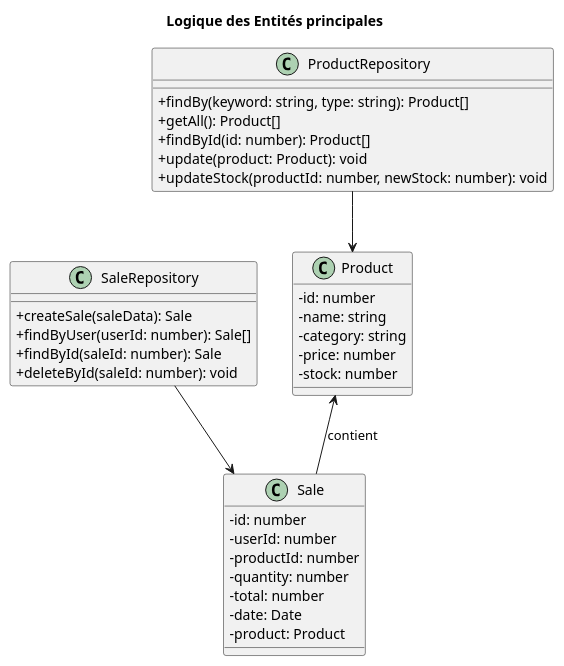
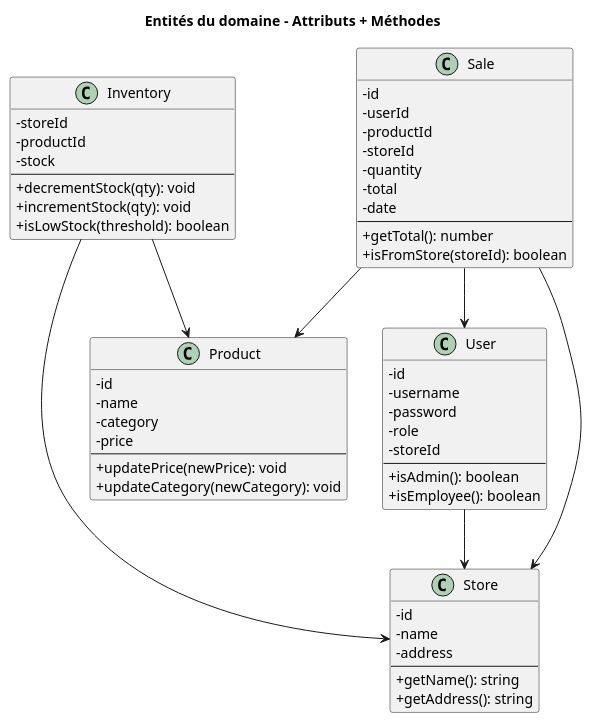
Before and after one commit to Massy-Haddad/LOG-430-Laboratoire-01: the diagram in docs/UML/vue_logique.puml, drawn with PlantUML. The commit also changed 19 other files, not shown here.

```diff
--- a/docs/UML/vue_logique.puml
+++ b/docs/UML/vue_logique.puml
@@ -1,48 +1,65 @@
 @startuml "Logique des Entités principales"
 skinparam classAttributeIconSize 0
+title Entités du domaine – Attributs + Méthodes
 
-title Logique des Entités principales
+class User {
+  - id
+  - username
+  - password
+  - role
+  - storeId
+  --
+  + isAdmin(): boolean
+  + isEmployee(): boolean
+}
 
-' --- Entités du domaine ---
+class Store {
+  - id
+  - name
+  - address
+  --
+  + getName(): string
+  + getAddress(): string
+}
+
 class Product {
-  - id: number
-  - name: string
-  - category: string
-  - price: number
-  - stock: number
+  - id
+  - name
+  - category
+  - price
+  --
+  + updatePrice(newPrice): void
+  + updateCategory(newCategory): void
+}
+
+class Inventory {
+  - storeId
+  - productId
+  - stock
+  --
+  + decrementStock(qty): void
+  + incrementStock(qty): void
+  + isLowStock(threshold): boolean
 }
 
 class Sale {
-  - id: number
-  - userId: number
-  - productId: number
-  - quantity: number
-  - total: number
-  - date: Date
-  - product: Product
+  - id
+  - userId
+  - productId
+  - storeId
+  - quantity
+  - total
+  - date
+  --
+  + getTotal(): number
+  + isFromStore(storeId): boolean
 }
 
-' --- Forcer l'affichage horizontal ---
-Product -[hidden]-> Sale
+User --> Store
+Sale --> User
+Sale --> Product
+Sale --> Store
+Inventory --> Product
+Inventory --> Store
 
-' --- Repositories ---
-class ProductRepository {
-  + findBy(keyword: string, type: string): Product[]
-  + getAll(): Product[]
-  + findById(id: number): Product[]
-  + update(product: Product): void
-  + updateStock(productId: number, newStock: number): void
-}
-
-class SaleRepository {
-  + createSale(saleData): Sale
-  + findByUser(userId: number): Sale[]
-  + findById(saleId: number): Sale
-  + deleteById(saleId: number): void
-}
-
-' --- Relations ---
-ProductRepository --> Product
-SaleRepository --> Sale
-Sale --> Product : contient
 @enduml
```
